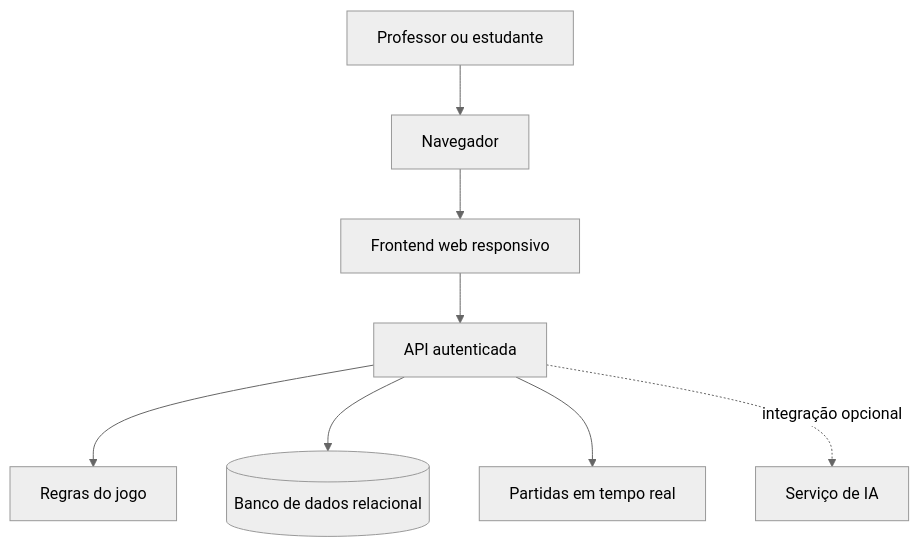
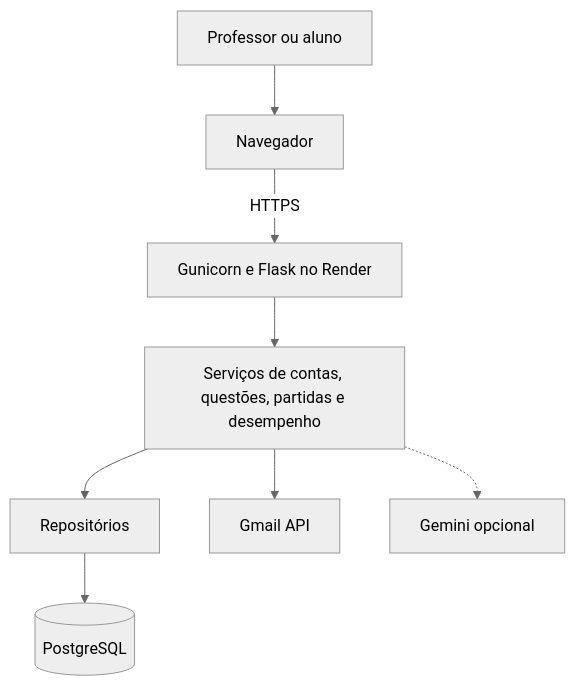
The diagram in README.md (Jonathas-SantosR/TaskFlow-Card), drawn with Mermaid (neutral theme) before and after one commit. The commit also changed other lines of this file, not shown here.

````diff
--- a/README.md
+++ b/README.md
@@ -59,10 +63,10 @@
 ```mermaid
 flowchart TD
-    U[Professor ou estudante] --> B[Navegador]
-    B --> F[Frontend web responsivo]
-    F --> A[API autenticada]
-    A --> G[Regras do jogo]
-    A --> D[(Banco de dados relacional)]
-    A --> R[Partidas em tempo real]
-    A -. integração opcional .-> I[Serviço de IA]
+    U["Professor ou aluno"] --> N["Navegador"]
+    N -->|"HTTPS"| F["Gunicorn e Flask no Render"]
+    F --> S["Serviços de contas, questões, partidas e desempenho"]
+    S --> R["Repositórios"]
+    R --> D[("PostgreSQL")]
+    S --> G["Gmail API"]
+    S -.-> I["Gemini opcional"]
 ```
````
